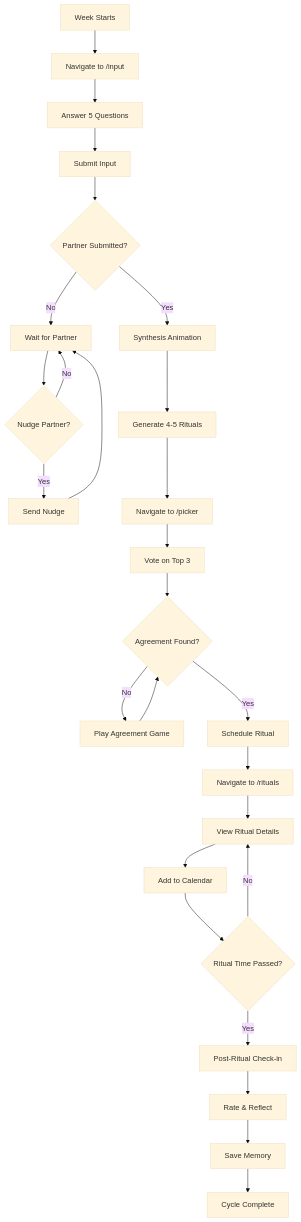
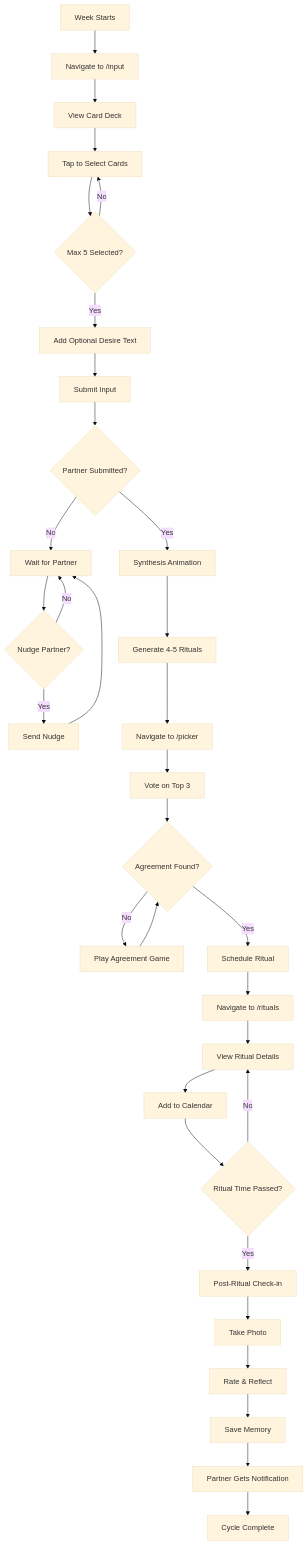
One commit to krishanraja/our-ritual changed the second of 5 diagrams in docs/USER-FLOWS.md. Above: the diagram before and after it, drawn with Mermaid (base theme). The commit also changed other lines of this file and 5 other files, not shown here.

````diff
--- a/docs/USER-FLOWS.md
+++ b/docs/USER-FLOWS.md
@@ -25,29 +25,35 @@
 ```mermaid
 graph TD
     A[Week Starts] --> B[Navigate to /input]
-    B --> C[Answer 5 Questions]
-    C --> D[Submit Input]
-    D --> E{Partner Submitted?}
-    E -->|No| F[Wait for Partner]
-    F --> G{Nudge Partner?}
-    G -->|Yes| H[Send Nudge]
-    H --> F
-    G -->|No| F
-    E -->|Yes| I[Synthesis Animation]
-    I --> J[Generate 4-5 Rituals]
-    J --> K[Navigate to /picker]
-    K --> L[Vote on Top 3]
-    L --> M{Agreement Found?}
-    M -->|No| N[Play Agreement Game]
-    N --> M
-    M -->|Yes| O[Schedule Ritual]
-    O --> P[Navigate to /rituals]
-    P --> Q[View Ritual Details]
-    Q --> R[Add to Calendar]
-    R --> S{Ritual Time Passed?}
-    S -->|No| Q
-    S -->|Yes| T[Post-Ritual Check-in]
-    T --> U[Rate & Reflect]
-    U --> V[Save Memory]
-    V --> W[Cycle Complete]
+    B --> C[View Card Deck]
+    C --> D[Tap to Select Cards]
+    D --> E{Max 5 Selected?}
+    E -->|No| D
+    E -->|Yes| F[Add Optional Desire Text]
+    F --> G[Submit Input]
+    G --> H{Partner Submitted?}
+    H -->|No| I[Wait for Partner]
+    I --> J{Nudge Partner?}
+    J -->|Yes| K[Send Nudge]
+    K --> I
+    J -->|No| I
+    H -->|Yes| L[Synthesis Animation]
+    L --> M[Generate 4-5 Rituals]
+    M --> N[Navigate to /picker]
+    N --> O[Vote on Top 3]
+    O --> P{Agreement Found?}
+    P -->|No| Q[Play Agreement Game]
+    Q --> P
+    P -->|Yes| R[Schedule Ritual]
+    R --> S[Navigate to /rituals]
+    S --> T[View Ritual Details]
+    T --> U[Add to Calendar]
+    U --> V{Ritual Time Passed?}
+    V -->|No| T
+    V -->|Yes| W[Post-Ritual Check-in]
+    W --> X[Take Photo]
+    X --> Y[Rate & Reflect]
+    Y --> Z[Save Memory]
+    Z --> AA[Partner Gets Notification]
+    AA --> AB[Cycle Complete]
 ```
````
